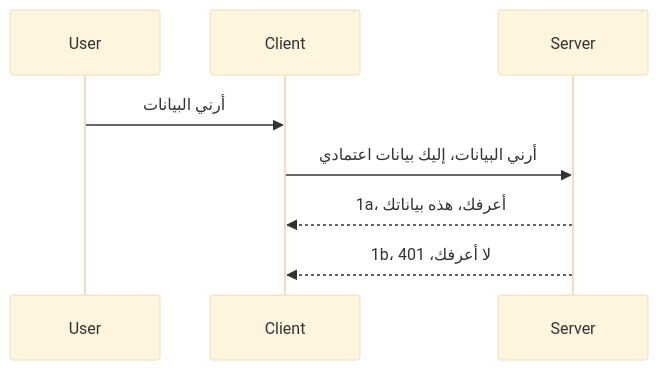
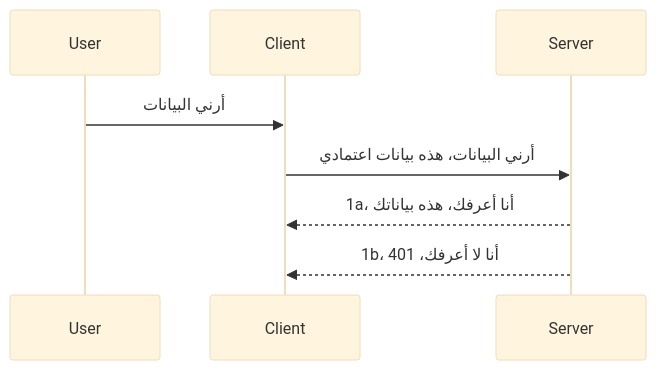
Before and after one commit to microsoft/mcp-for-beginners: the diagram in translations/ar/03-GettingStarted/11-simple-auth/README.md, drawn with Mermaid (base theme). The commit also changed other lines of this file and 50 other files, not shown here.

````diff
--- a/translations/ar/03-GettingStarted/11-simple-auth/README.md
+++ b/translations/ar/03-GettingStarted/11-simple-auth/README.md
@@ -24,11 +24,11 @@
 ```mermaid
 sequenceDiagram
    participant User
    participant Client
    participant Server
 
    User->>Client: أرني البيانات
-   Client->>Server: أرني البيانات، إليك بيانات اعتمادي
-   Server-->>Client: 1a، أعرفك، هذه بياناتك
-   Server-->>Client: 1b، لا أعرفك، 401 
+   Client->>Server: أرني البيانات، هذه بيانات اعتمادي
+   Server-->>Client: 1a، أنا أعرفك، هذه بياناتك
+   Server-->>Client: 1b، أنا لا أعرفك، 401 
 ```
````
